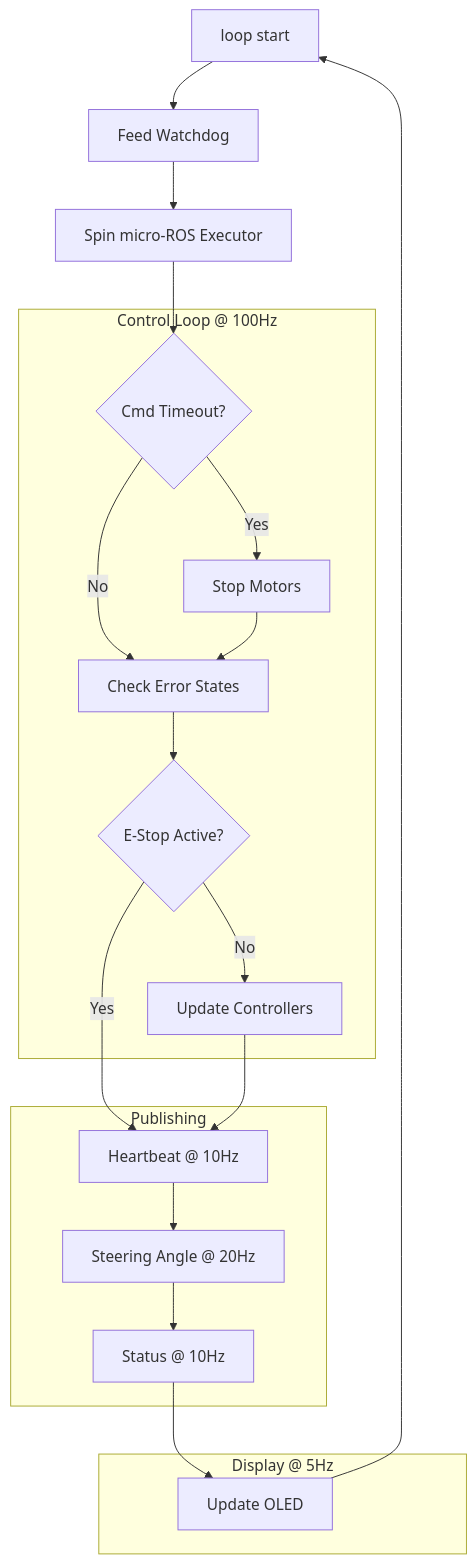
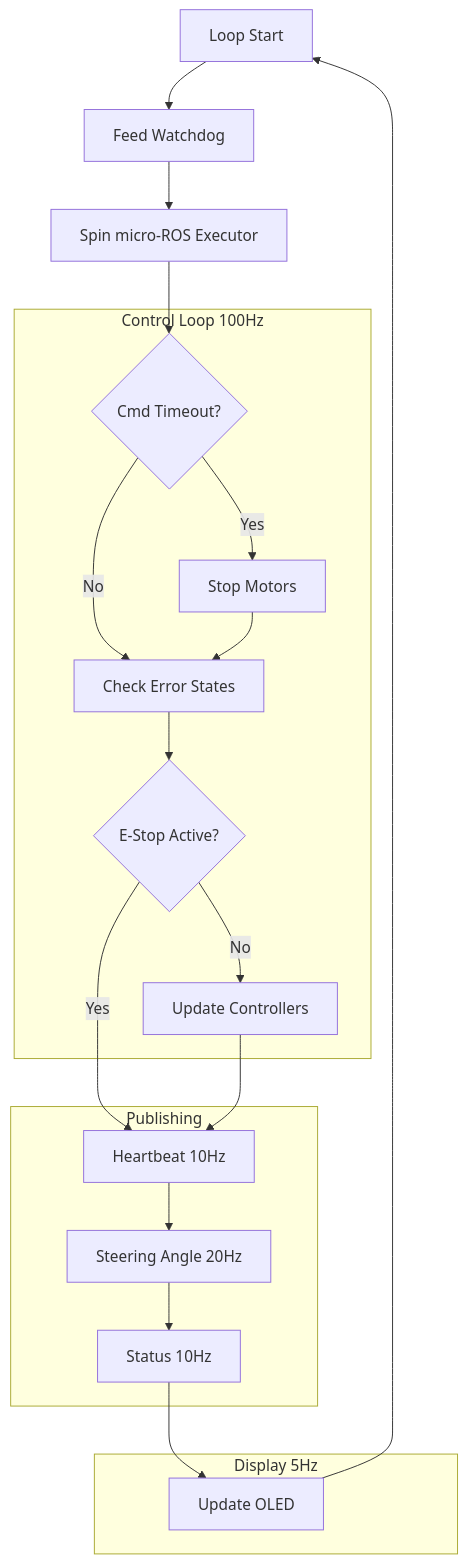
Before and after one commit to KashmeeraTT/Ackerman_UGV: the tenth of 13 diagrams in SYSTEM_DOCUMENTATION.md, drawn with Mermaid. The commit also changed other lines of this file, not shown here.

Commit message:
docs: Simplify mermaid diagram labels, subgraph titles, and minor text for improved readability.

````diff
--- a/SYSTEM_DOCUMENTATION.md
+++ b/SYSTEM_DOCUMENTATION.md
@@ -470,39 +469,39 @@
 ```mermaid
 flowchart TB
-    START[loop start]
+    START[Loop Start]
     WDT[Feed Watchdog]
     SPIN[Spin micro-ROS Executor]
     
-    subgraph Control["Control Loop @ 100Hz"]
+    subgraph Control[Control Loop 100Hz]
         TIMEOUT{Cmd Timeout?}
         STOP1[Stop Motors]
         ERROR[Check Error States]
         ESTOP{E-Stop Active?}
         UPDATE[Update Controllers]
     end
     
-    subgraph Publish["Publishing"]
-        HB[Heartbeat @ 10Hz]
-        SA[Steering Angle @ 20Hz]
-        ST[Status @ 10Hz]
+    subgraph Publish[Publishing]
+        HB[Heartbeat 10Hz]
+        SA[Steering Angle 20Hz]
+        ST[Status 10Hz]
     end
     
-    subgraph Display["Display @ 5Hz"]
+    subgraph Display[Display 5Hz]
         DSP[Update OLED]
     end
     
     START --> WDT
     WDT --> SPIN
     SPIN --> TIMEOUT
     TIMEOUT -->|Yes| STOP1
     TIMEOUT -->|No| ERROR
     STOP1 --> ERROR
     ERROR --> ESTOP
     ESTOP -->|Yes| HB
     ESTOP -->|No| UPDATE
     UPDATE --> HB
     HB --> SA
     SA --> ST
     ST --> DSP
     DSP --> START
 ```
````
